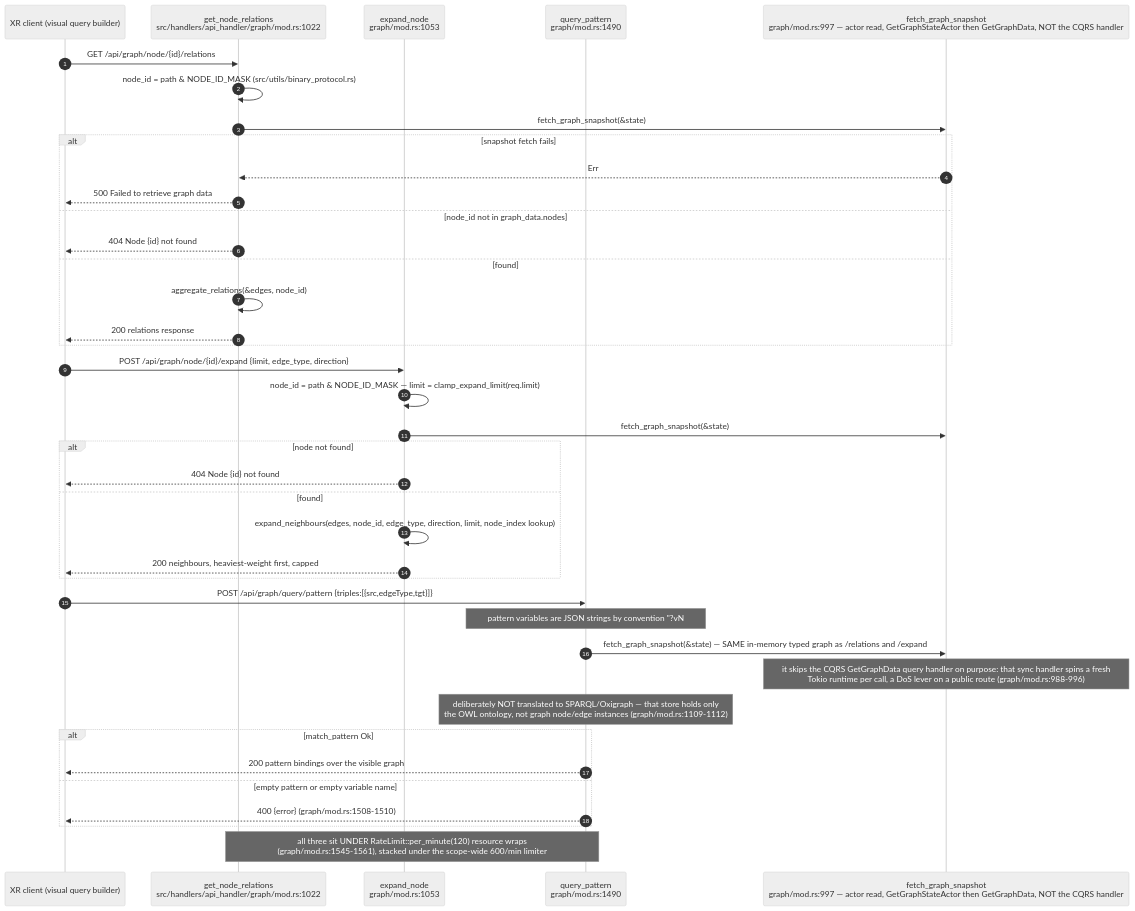
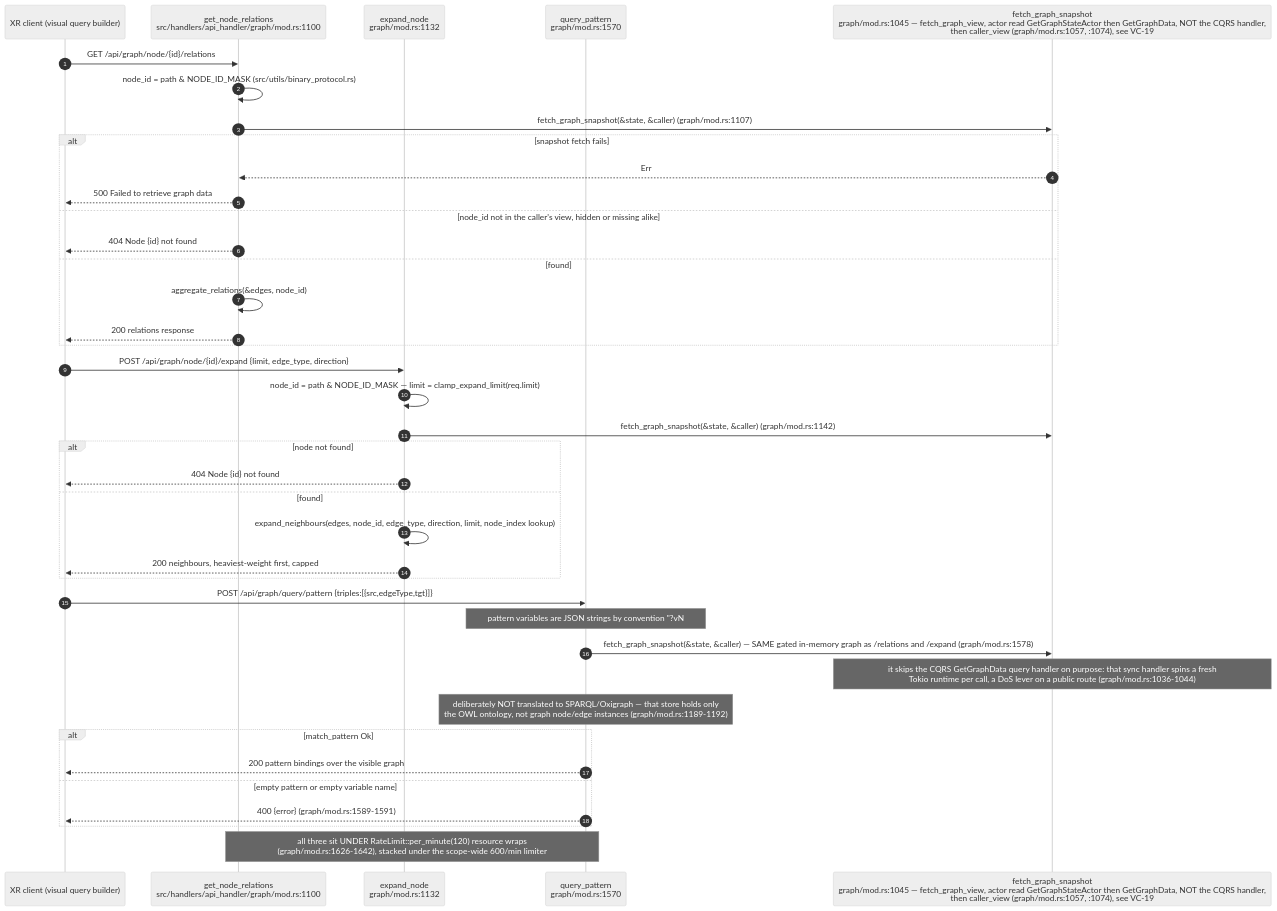
One commit to DreamLab-AI/VisionFlow changed the second of 23 diagrams in docs/diagrams/visionclaw/04-handlers-graph-and-state.md. Above: the diagram before and after it, drawn with Mermaid (neutral theme). The commit also changed other lines of this file and 56 other files, not shown here.

First line of the commit message:
docs(diagrams): re-verify VisionClaw topics at ec785afa9, add VC-19/56/57 and the VisionClaw register

````diff
--- a/docs/diagrams/visionclaw/04-handlers-graph-and-state.md
+++ b/docs/diagrams/visionclaw/04-handlers-graph-and-state.md
@@ -116,42 +137,42 @@
 ```mermaid
 sequenceDiagram
     autonumber
     participant C as XR client (visual query builder)
-    participant GR as get_node_relations<br/>src/handlers/api_handler/graph/mod.rs:1022
-    participant EX as expand_node<br/>graph/mod.rs:1053
-    participant QP as query_pattern<br/>graph/mod.rs:1490
-    participant SNAP as fetch_graph_snapshot<br/>graph/mod.rs:997 — actor read, GetGraphStateActor then GetGraphData, NOT the CQRS handler
+    participant GR as get_node_relations<br/>src/handlers/api_handler/graph/mod.rs:1100
+    participant EX as expand_node<br/>graph/mod.rs:1132
+    participant QP as query_pattern<br/>graph/mod.rs:1570
+    participant SNAP as fetch_graph_snapshot<br/>graph/mod.rs:1045 — fetch_graph_view, actor read GetGraphStateActor then GetGraphData, NOT the CQRS handler,<br/>then caller_view (graph/mod.rs:1057, :1074), see VC-19
 
     C->>GR: GET /api/graph/node/{id}/relations
     GR->>GR: node_id = path & NODE_ID_MASK (src/utils/binary_protocol.rs)
-    GR->>SNAP: fetch_graph_snapshot(&state)
+    GR->>SNAP: fetch_graph_snapshot(&state, &caller) (graph/mod.rs:1107)
     alt snapshot fetch fails
         SNAP-->>GR: Err
         GR-->>C: 500 Failed to retrieve graph data
-    else node_id not in graph_data.nodes
+    else node_id not in the caller's view, hidden or missing alike
         GR-->>C: 404 Node {id} not found
     else found
         GR->>GR: aggregate_relations(&edges, node_id)
         GR-->>C: 200 relations response
     end
     C->>EX: POST /api/graph/node/{id}/expand {limit, edge_type, direction}
     EX->>EX: node_id = path & NODE_ID_MASK — limit = clamp_expand_limit(req.limit)
-    EX->>SNAP: fetch_graph_snapshot(&state)
+    EX->>SNAP: fetch_graph_snapshot(&state, &caller) (graph/mod.rs:1142)
     alt node not found
         EX-->>C: 404 Node {id} not found
     else found
         EX->>EX: expand_neighbours(edges, node_id, edge_type, direction, limit, node_index lookup)
         EX-->>C: 200 neighbours, heaviest-weight first, capped
     end
     C->>QP: POST /api/graph/query/pattern {triples:[{src,edgeType,tgt}]}
-    Note over QP: pattern variables are JSON strings by convention #quot;?vN#quot —<br/>concrete ids are JSON numbers, masked with NODE_ID_MASK (graph/mod.rs:1114-1120)
-    QP->>SNAP: fetch_graph_snapshot(&state) — SAME in-memory typed graph as /relations and /expand
-    Note over SNAP: it skips the CQRS GetGraphData query handler on purpose: that sync handler spins a fresh<br/>Tokio runtime per call, a DoS lever on a public route (graph/mod.rs:988-996)
-    Note over QP: deliberately NOT translated to SPARQL/Oxigraph — that store holds only<br/>the OWL ontology, not graph node/edge instances (graph/mod.rs:1109-1112)
+    Note over QP: pattern variables are JSON strings by convention #quot;?vN#quot —<br/>concrete ids are JSON numbers, masked with NODE_ID_MASK (graph/mod.rs:1194-1200)
+    QP->>SNAP: fetch_graph_snapshot(&state, &caller) — SAME gated in-memory graph as /relations and /expand (graph/mod.rs:1578)
+    Note over SNAP: it skips the CQRS GetGraphData query handler on purpose: that sync handler spins a fresh<br/>Tokio runtime per call, a DoS lever on a public route (graph/mod.rs:1036-1044)
+    Note over QP: deliberately NOT translated to SPARQL/Oxigraph — that store holds only<br/>the OWL ontology, not graph node/edge instances (graph/mod.rs:1189-1192)
     alt match_pattern Ok
         QP-->>C: 200 pattern bindings over the visible graph
     else empty pattern or empty variable name
-        QP-->>C: 400 {error} (graph/mod.rs:1508-1510)
+        QP-->>C: 400 {error} (graph/mod.rs:1589-1591)
     end
-    Note over GR,QP: all three sit UNDER RateLimit::per_minute(120) resource wraps<br/>(graph/mod.rs:1545-1561), stacked under the scope-wide 600/min limiter
+    Note over GR,QP: all three sit UNDER RateLimit::per_minute(120) resource wraps<br/>(graph/mod.rs:1626-1642), stacked under the scope-wide 600/min limiter
 ```
````
